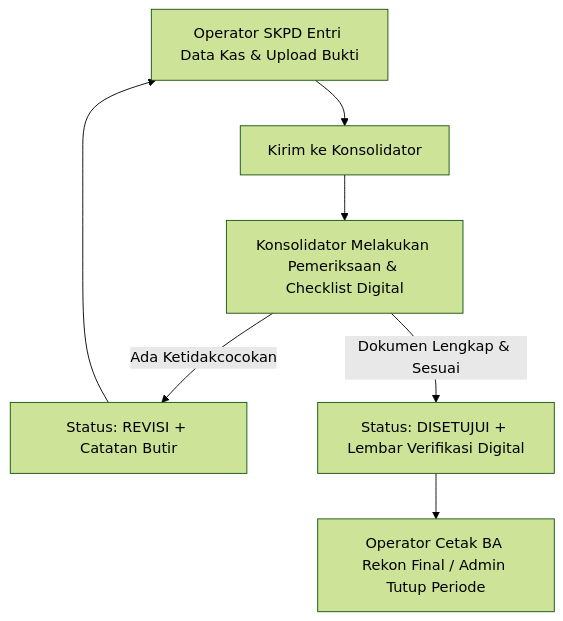
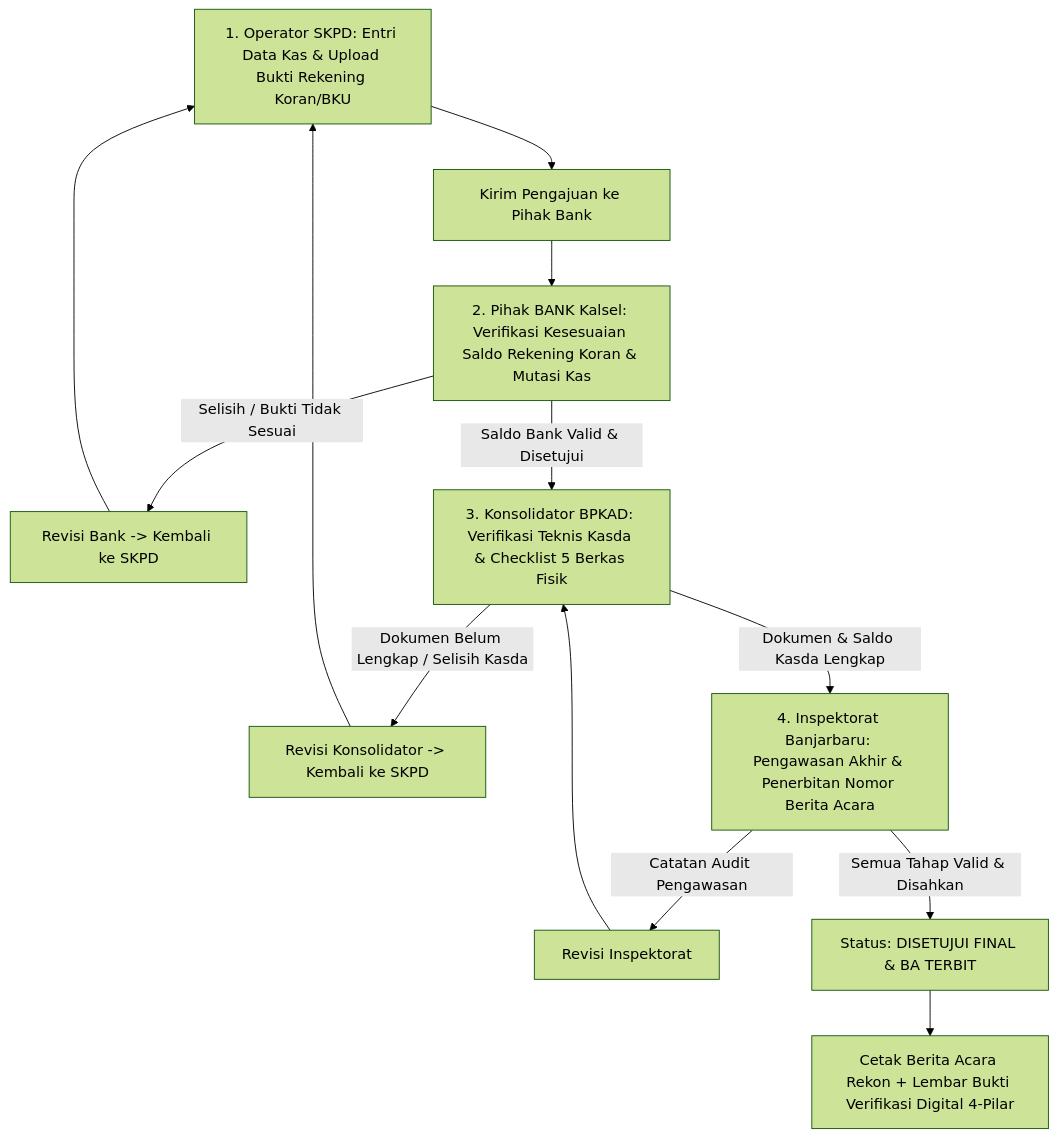
The diagram in PROJECT_CONTEXT.md (rullyperdhana/sirekabjb), drawn with Mermaid (forest theme) before and after one commit. The commit also changed other lines of this file and 77 other files, not shown here.

````diff
--- a/PROJECT_CONTEXT.md
+++ b/PROJECT_CONTEXT.md
@@ -42,9 +19,15 @@
 ```mermaid
 graph TD
-    A[Operator SKPD Entri Data Kas & Upload Bukti] --> B[Kirim ke Konsolidator]
-    B --> C[Konsolidator Melakukan Pemeriksaan & Checklist Digital]
-    C -->|Ada Ketidakcocokan| D[Status: REVISI + Catatan Butir]
+    A[1. Operator SKPD: Entri Data Kas & Upload Bukti Rekening Koran/BKU] --> B[Kirim Pengajuan ke Pihak Bank]
+    B --> C[2. Pihak BANK Kalsel: Verifikasi Kesesuaian Saldo Rekening Koran & Mutasi Kas]
+    C -->|Selisih / Bukti Tidak Sesuai| D[Revisi Bank -> Kembali ke SKPD]
     D --> A
-    C -->|Dokumen Lengkap & Sesuai| E[Status: DISETUJUI + Lembar Verifikasi Digital]
-    E --> F[Operator Cetak BA Rekon Final / Admin Tutup Periode]
+    C -->|Saldo Bank Valid & Disetujui| E[3. Konsolidator BPKAD: Verifikasi Teknis Kasda & Checklist 5 Berkas Fisik]
+    E -->|Dokumen Belum Lengkap / Selisih Kasda| F[Revisi Konsolidator -> Kembali ke SKPD]
+    F --> A
+    E -->|Dokumen & Saldo Kasda Lengkap| G[4. Inspektorat Banjarbaru: Pengawasan Akhir & Penerbitan Nomor Berita Acara]
+    G -->|Catatan Audit Pengawasan| H[Revisi Inspektorat]
+    H --> E
+    G -->|Semua Tahap Valid & Disahkan| I[Status: DISETUJUI FINAL & BA TERBIT]
+    I --> J[Cetak Berita Acara Rekon + Lembar Bukti Verifikasi Digital 4-Pilar]
 ```
````
